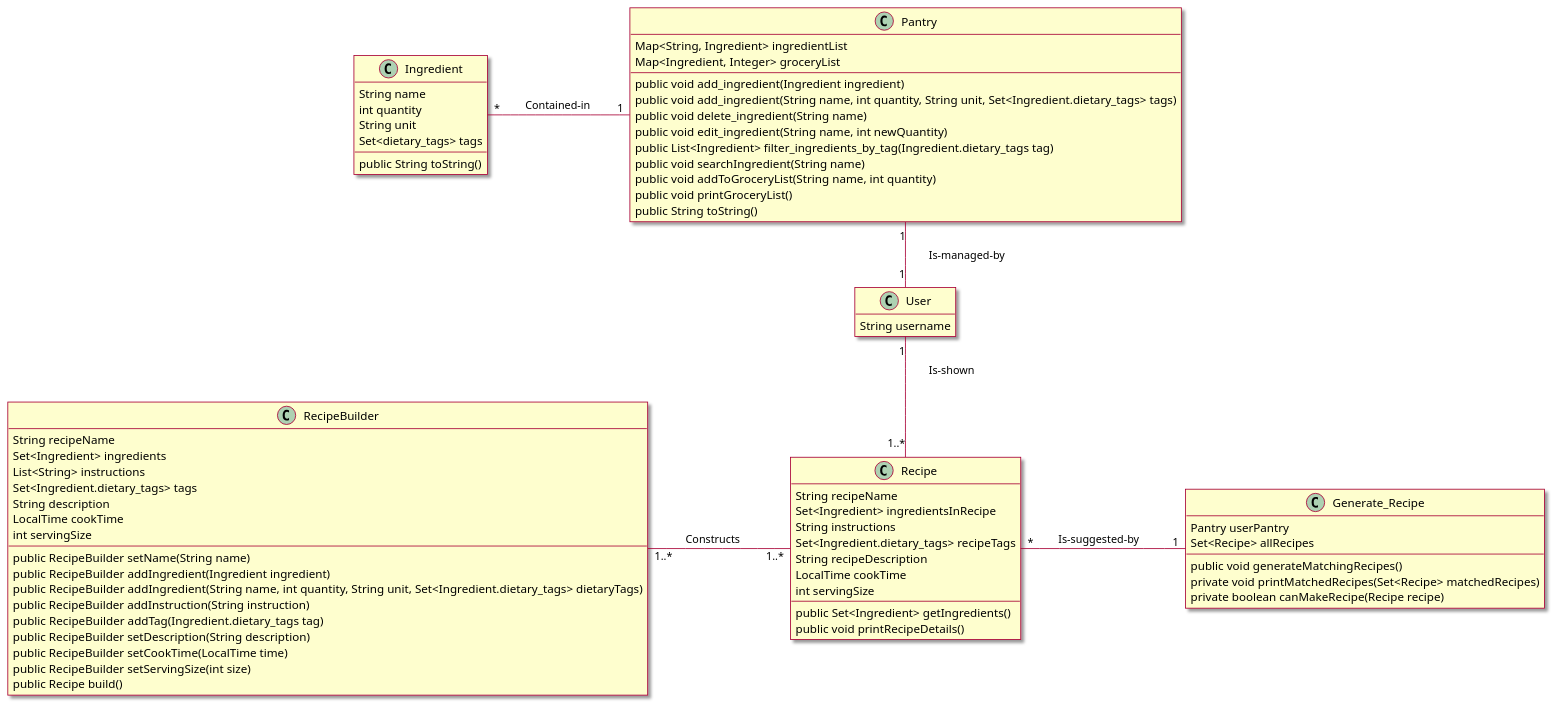
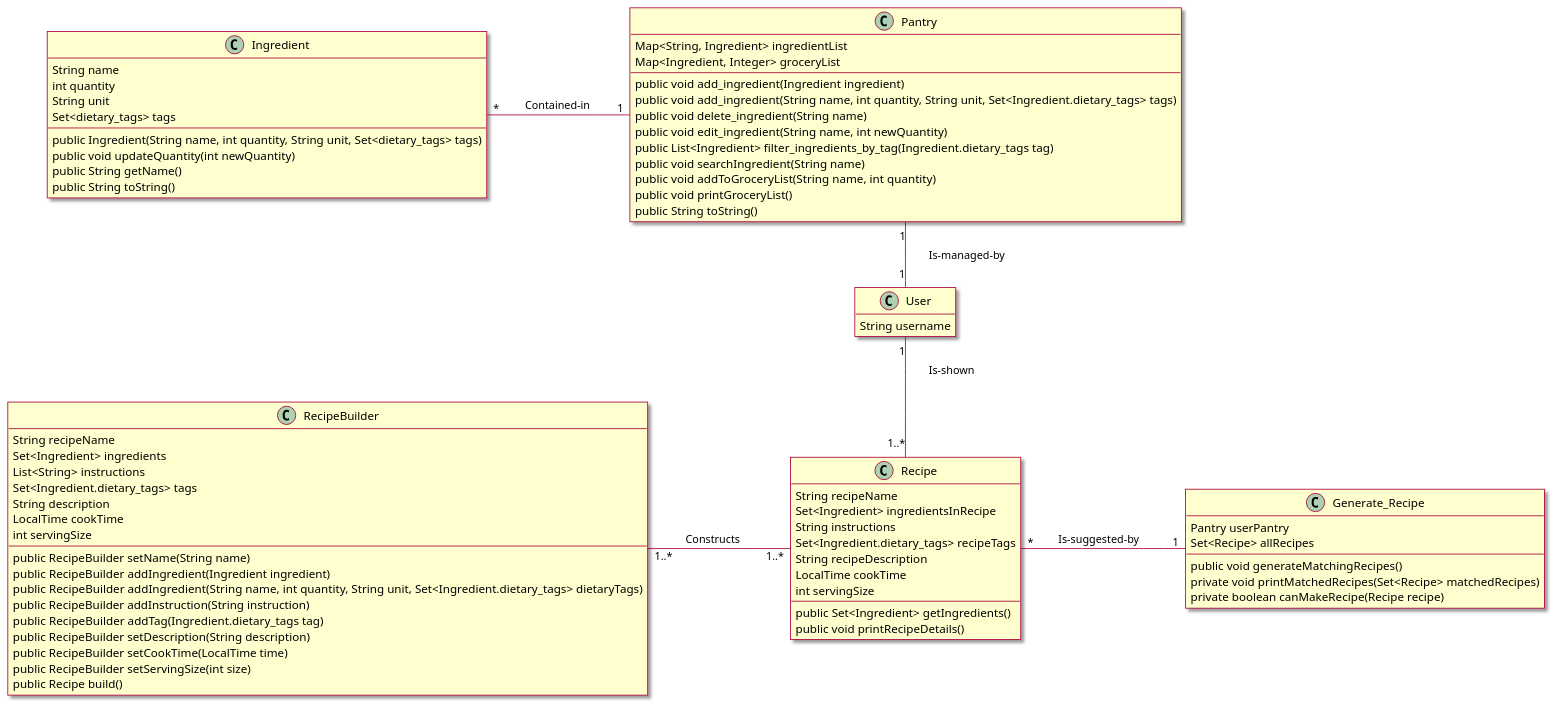
Before and after one commit to berthashipper/Pantry-Pal-Android-Application: the diagram in intellij/doc/class_diagram.md, drawn with PlantUML.

Commit message:
Finalized class diagram

```diff
--- a/intellij/doc/class_diagram.md
+++ b/intellij/doc/class_diagram.md
@@ -12,6 +12,9 @@
  String unit
  Set<dietary_tags> tags
  __
+ public Ingredient(String name, int quantity, String unit, Set<dietary_tags> tags)
+ public void updateQuantity(int newQuantity)
+ public String getName()
  public String toString()
 }
 
```
